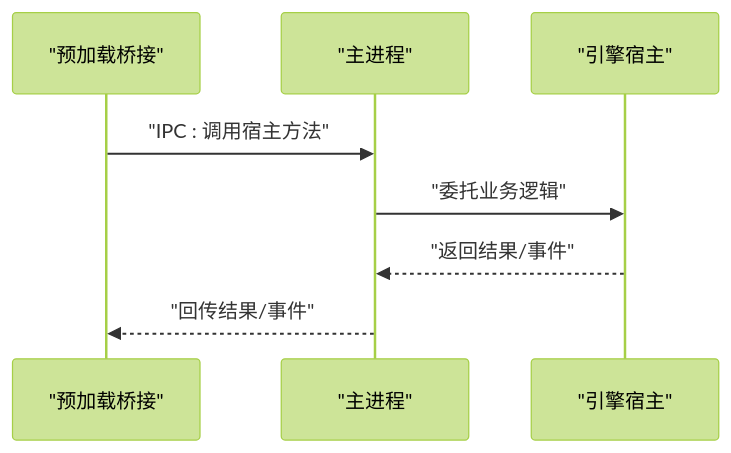
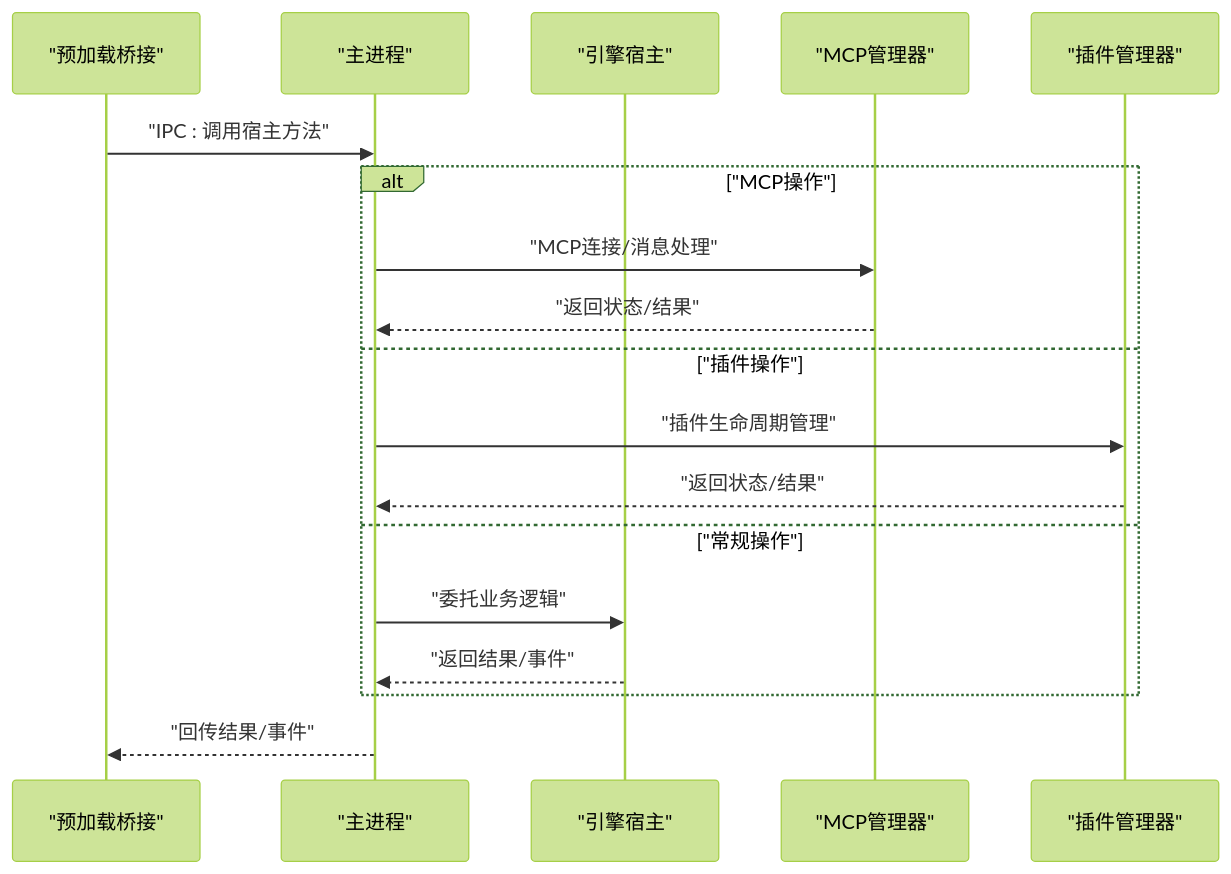
The fifth of 6 diagrams in .qoder/repowiki/zh/content/前端架构/API集成层.md (kkutysllb/KCoder), drawn with Mermaid (forest theme) before and after one commit. The commit also changed other lines of this file and 11 other files, not shown here.

````diff
--- a/.qoder/repowiki/zh/content/前端架构/API集成层.md
+++ b/.qoder/repowiki/zh/content/前端架构/API集成层.md
@@ -199,10 +236,20 @@
 ```mermaid
 sequenceDiagram
 participant Pre as "预加载桥接"
 participant Main as "主进程"
 participant Host as "引擎宿主"
+participant MCP as "MCP管理器"
+participant Plugin as "插件管理器"
 Pre->>Main : "IPC : 调用宿主方法"
+alt "MCP操作"
+Main->>MCP : "MCP连接/消息处理"
+MCP-->>Main : "返回状态/结果"
+else "插件操作"
+Main->>Plugin : "插件生命周期管理"
+Plugin-->>Main : "返回状态/结果"
+else "常规操作"
 Main->>Host : "委托业务逻辑"
 Host-->>Main : "返回结果/事件"
+end
 Main-->>Pre : "回传结果/事件"
 ```
````
